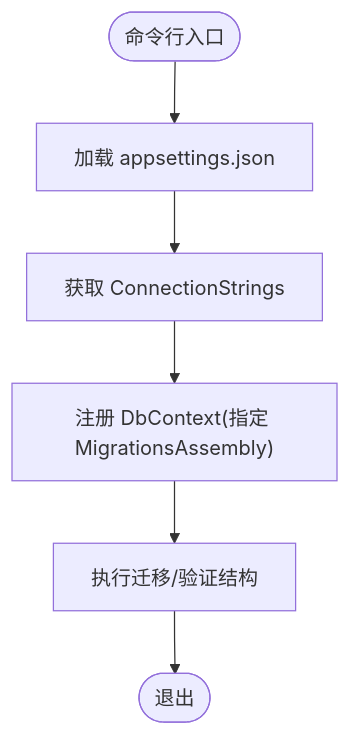
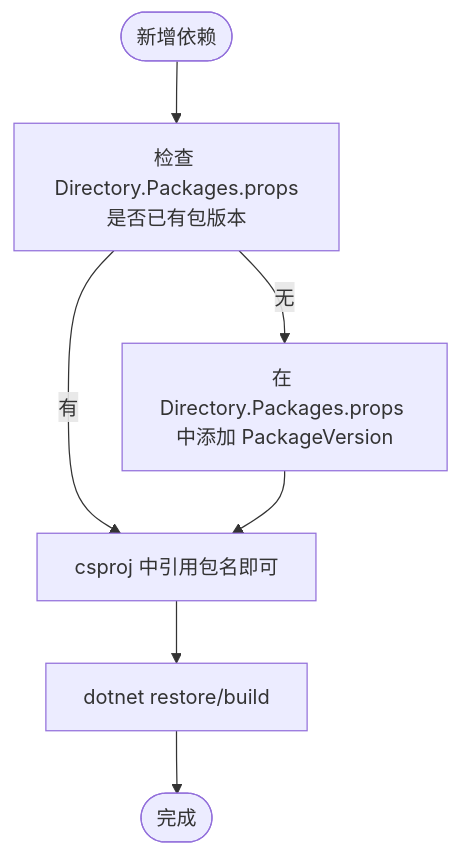
One commit to openlowcodelab/lowcode changed the third of 5 diagrams in .qoder/repowiki/zh/content/开发指南.md. Above: the diagram before and after it, drawn with Mermaid. The commit also changed other lines of this file and 293 other files, not shown here.

````diff
--- a/.qoder/repowiki/zh/content/开发指南.md
+++ b/.qoder/repowiki/zh/content/开发指南.md
@@ -184,8 +121,9 @@
 ```mermaid
 flowchart TD
-Entry(["命令行入口"]) --> Config["加载 appsettings.json"]
-Config --> CfgConn["获取 ConnectionStrings"]
-CfgConn --> Register["注册 DbContext(指定 MigrationsAssembly)"]
-Register --> Migrate["执行迁移/验证结构"]
-Migrate --> Exit(["退出"])
+    Start(["新增依赖"]) --> CheckProps["检查 Directory.Packages.props<br/>是否已有包版本"]
+    CheckProps -->|有| UseRef["csproj 中引用包名即可"]
+    CheckProps -->|无| AddVersion["在 Directory.Packages.props 中添加 PackageVersion"]
+    AddVersion --> UseRef
+    UseRef --> Build["dotnet restore/build"]
+    Build --> End(["完成"])
 ```
````
